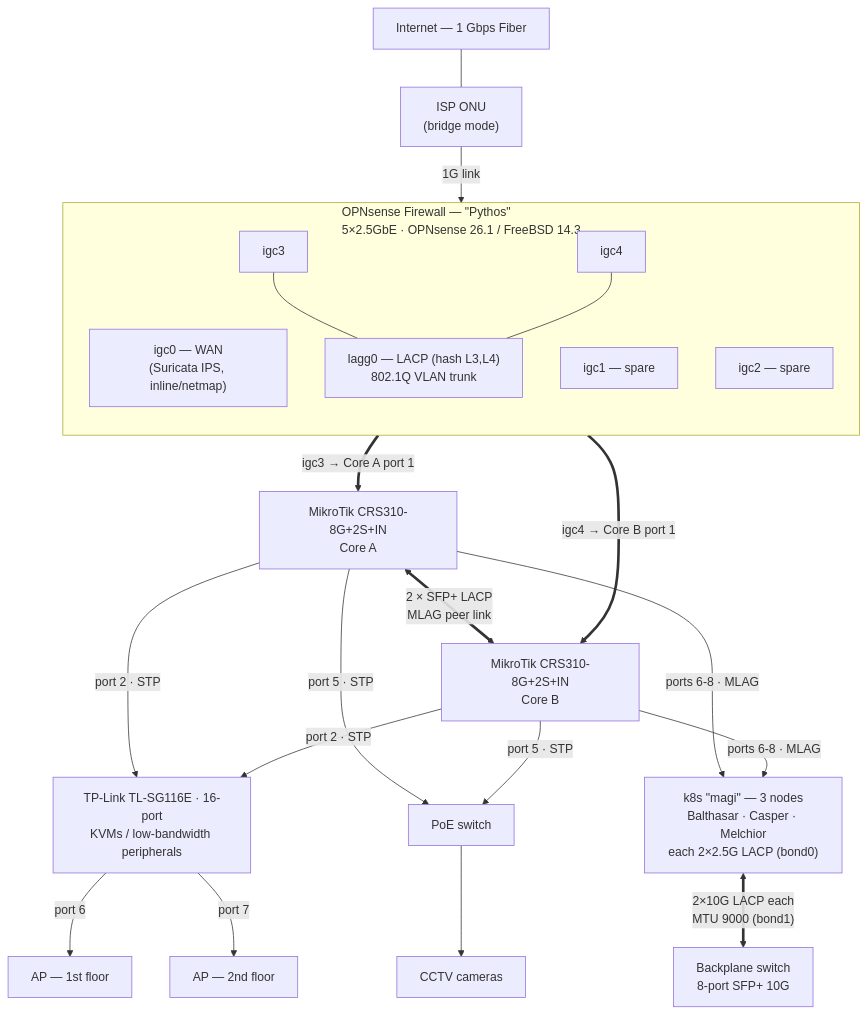
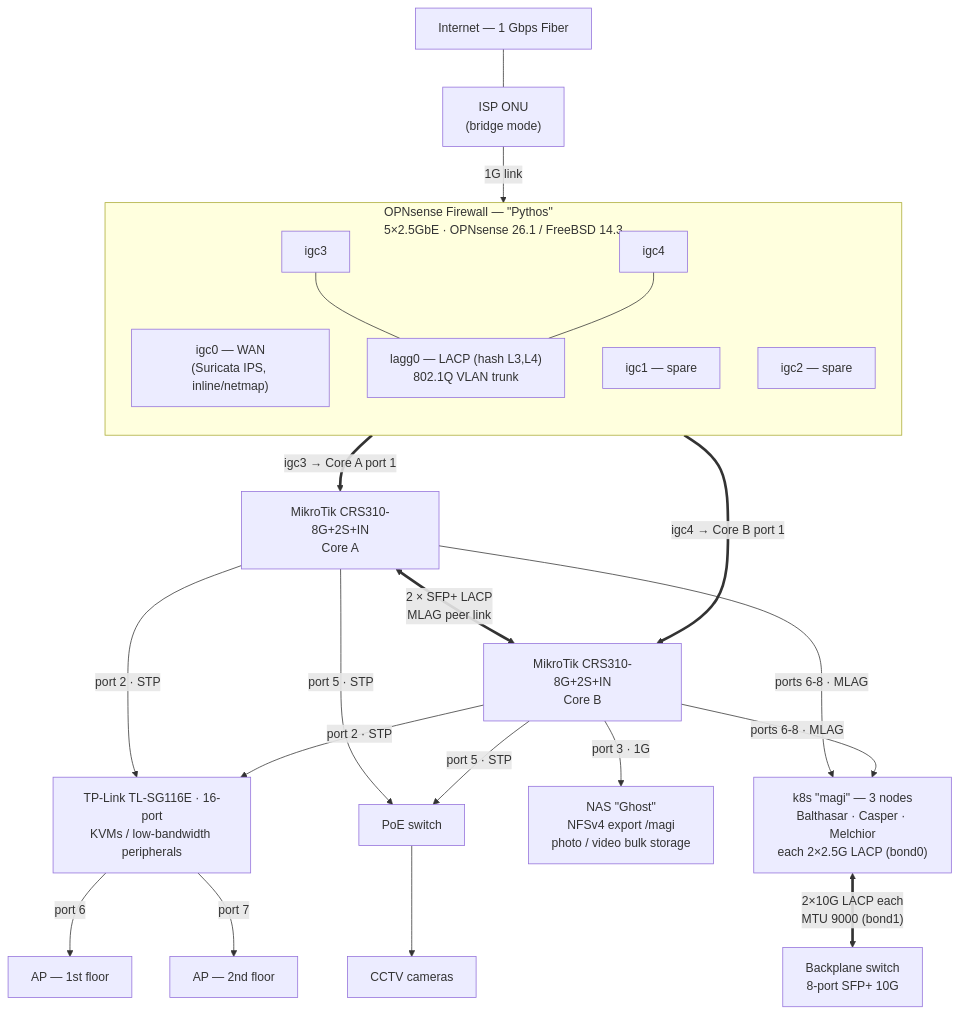
The diagram in network/topology.md (vbalexr/homelab), drawn with Mermaid before and after one commit. The commit also changed other lines of this file and 7 other files, not shown here.

````diff
--- a/network/topology.md
+++ b/network/topology.md
@@ -8,42 +8,45 @@
 ```mermaid
 flowchart TD
     NET["Internet — 1 Gbps Fiber"]
     ONU["ISP ONU<br/>(bridge mode)"]
     NET --- ONU
 
     subgraph FW["OPNsense Firewall — &quot;Pythos&quot;<br/>5×2.5GbE · OPNsense 26.1 / FreeBSD 14.3"]
         direction TB
         WAN["igc0 — WAN<br/>(Suricata IPS, inline/netmap)"]
         SP1["igc1 — spare"]
         SP2["igc2 — spare"]
         IGC3["igc3"]
         IGC4["igc4"]
         LAGG["lagg0 — LACP (hash L3,L4)<br/>802.1Q VLAN trunk"]
         IGC3 --- LAGG
         IGC4 --- LAGG
     end
 
     ONU -->|"1G link"| WAN
 
     LAGG ==>|"igc3 → Core A port 1"| SWA
     LAGG ==>|"igc4 → Core B port 1"| SWB
 
     SWA["MikroTik CRS310-8G+2S+IN<br/>Core A"]
     SWB["MikroTik CRS310-8G+2S+IN<br/>Core B"]
     SWA <==>|"2 × SFP+ LACP<br/>MLAG peer link"| SWB
 
     SWA -->|"port 2 · STP"| TPL
     SWB -->|"port 2 · STP"| TPL
     TPL["TP-Link TL-SG116E · 16-port<br/>KVMs / low-bandwidth peripherals"]
     TPL -->|"port 6"| AP1["AP — 1st floor"]
     TPL -->|"port 7"| AP2["AP — 2nd floor"]
 
     SWA -->|"port 5 · STP"| POE
     SWB -->|"port 5 · STP"| POE
     POE["PoE switch"] --> CAM["CCTV cameras"]
 
+    SWB -->|"port 3 · 1G"| NAS
+    NAS["NAS &quot;Ghost&quot;<br/>NFSv4 export /magi<br/>photo / video bulk storage"]
+
     SWA -->|"ports 6-8 · MLAG"| MAGI
     SWB -->|"ports 6-8 · MLAG"| MAGI
     MAGI["k8s &quot;magi&quot; — 3 nodes<br/>Balthasar · Casper · Melchior<br/>each 2×2.5G LACP (bond0)"]
     MAGI <==>|"2×10G LACP each<br/>MTU 9000 (bond1)"| BP["Backplane switch<br/>8-port SFP+ 10G"]
 ```
````
